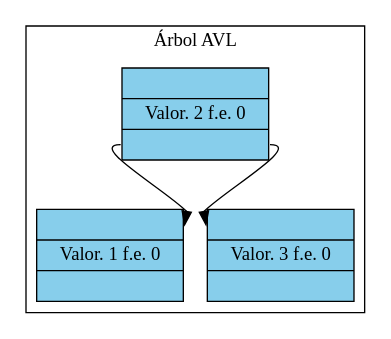
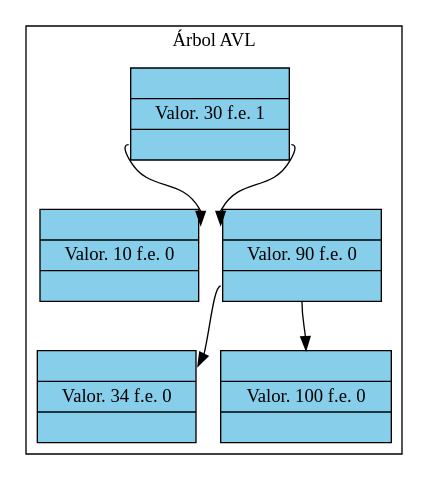
Before and after one commit to henrylopezkre/Proyecto1s22015_201314886: the diagram in Proyecto_1/Reportes/avl.dot, drawn with Graphviz. The commit also changed 6 other files, not shown here.

```diff
--- a/Proyecto_1/Reportes/avl.dot
+++ b/Proyecto_1/Reportes/avl.dot
@@ -1,19 +1,25 @@
 digraph G {
 	 rankdir = TB; 
 
 	 node[shape=record]; 
 
 	 subgraph clusterAVL { 
 
 	 label = "Árbol AVL"; 
 
-	 tn_avlt1[label = "{ <e> | Valor. 1 
+	 tn_avlt10[label = "{ <e> | Valor. 10 
  f.e. 0| <p> }", style="filled", color="black", fillcolor="skyblue"]; 
-	 tn_avlt2:p -> tn_avlt1:e; 
-	 tn_avlt2[label = "{ <e> | Valor. 2 
+	 tn_avlt30:p -> tn_avlt10:e; 
+	 tn_avlt30[label = "{ <e> | Valor. 30 
+ f.e. 1| <p> }", style="filled", color="black", fillcolor="skyblue"]; 
+	 tn_avlt34[label = "{ <e> | Valor. 34 
  f.e. 0| <p> }", style="filled", color="black", fillcolor="skyblue"]; 
-	 tn_avlt3[label = "{ <e> | Valor. 3 
+	 tn_avlt90:p -> tn_avlt34:e; 
+	 tn_avlt90[label = "{ <e> | Valor. 90 
  f.e. 0| <p> }", style="filled", color="black", fillcolor="skyblue"]; 
-	 tn_avlt2:p -> tn_avlt3:e; 
+	 tn_avlt30:p -> tn_avlt90:e; 
+	 tn_avlt100[label = "{ <e> | Valor. 100 
+ f.e. 0| <p> }", style="filled", color="black", fillcolor="skyblue"]; 
+	 tn_avlt90:p -> tn_avlt100:e; 
 	 } 
 	 } 
```
